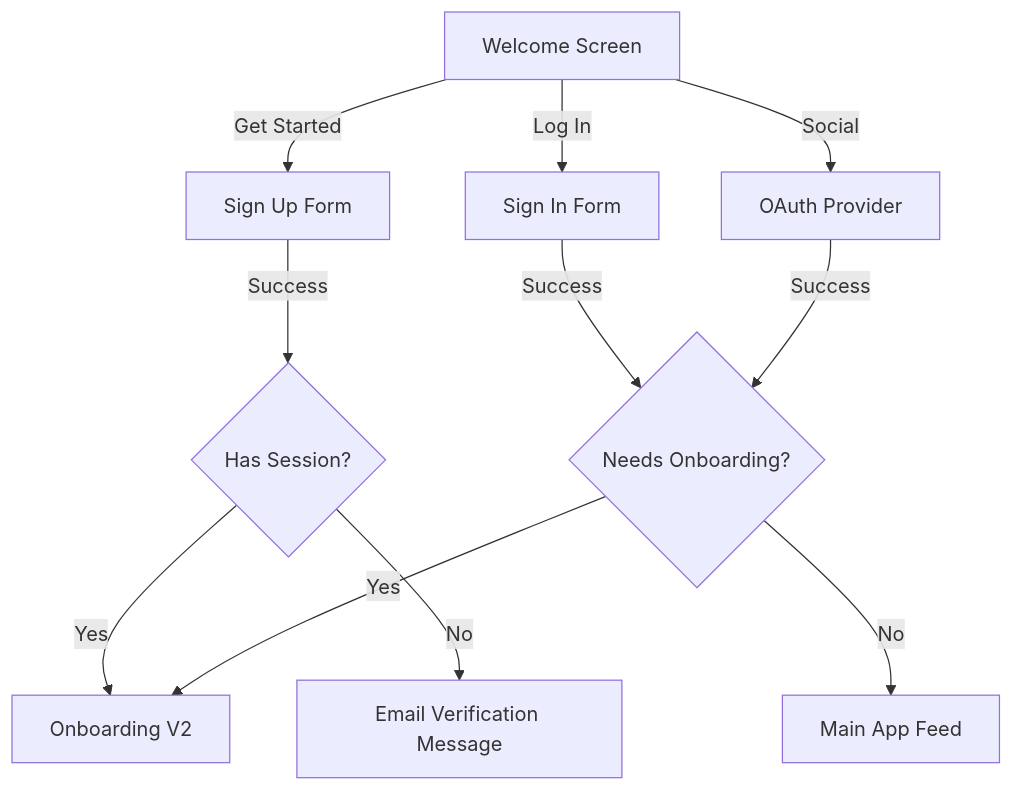
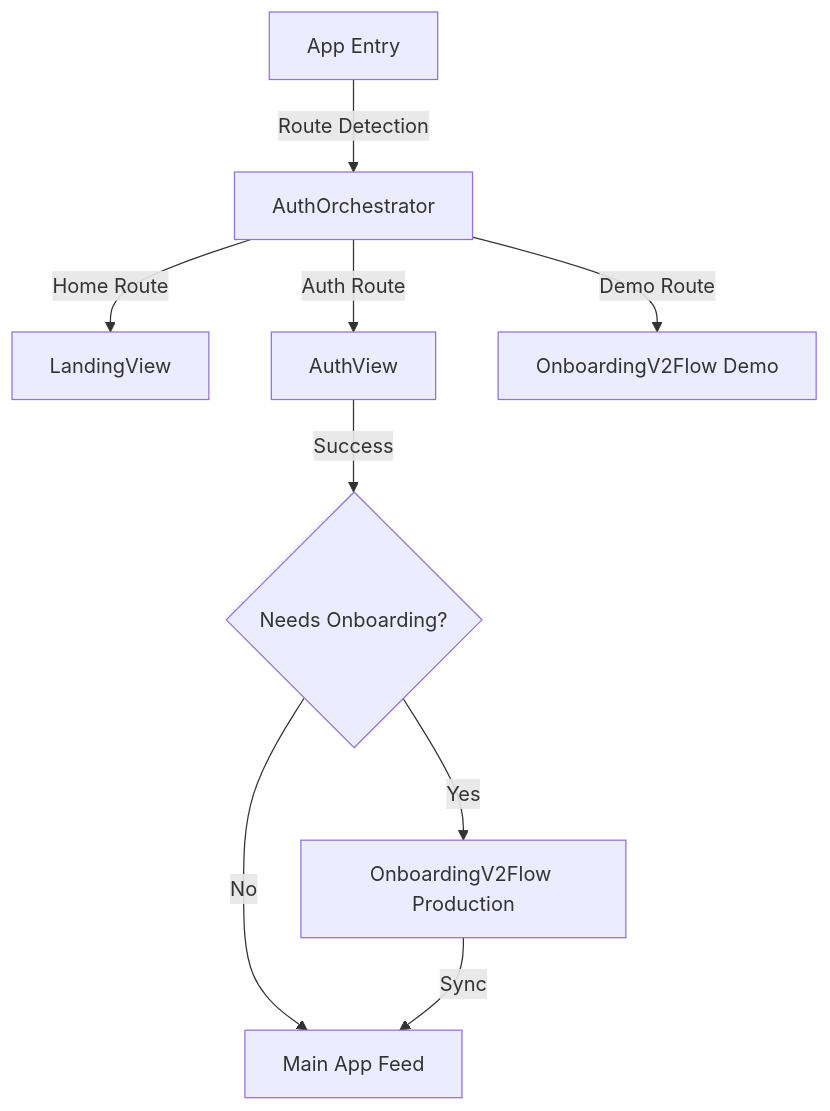
The diagram in docs/GUIDES/AUTH_VIEW_DEVELOPER_GUIDE.md (FoodCop/fuzoapp), drawn with Mermaid before and after one commit. The commit also changed other lines of this file and 1 other file, not shown here.

Commit message:
docs: update dev guides for modular auth architecture

````diff
--- a/docs/GUIDES/AUTH_VIEW_DEVELOPER_GUIDE.md
+++ b/docs/GUIDES/AUTH_VIEW_DEVELOPER_GUIDE.md
@@ -55,16 +57,14 @@
 ```mermaid
 graph TD
-    A[Welcome Screen] -- Get Started --> B[Sign Up Form]
-    A -- Log In --> C[Sign In Form]
-    A -- Social --> D[OAuth Provider]
+    Entry[App Entry] -- Route Detection --> Orch[AuthOrchestrator]
     
-    B -- Success --> E{Has Session?}
-    E -- Yes --> F[Onboarding V2]
-    E -- No --> G[Email Verification Message]
+    Orch -- Home Route --> Landing[LandingView]
+    Orch -- Auth Route --> View[AuthView]
+    Orch -- Demo Route --> Demo[OnboardingV2Flow Demo]
     
-    C -- Success --> H{Needs Onboarding?}
-    H -- Yes --> F
-    H -- No --> I[Main App Feed]
+    View -- Success --> Needs{Needs Onboarding?}
+    Needs -- Yes --> Flow[OnboardingV2Flow Production]
+    Needs -- No --> App[Main App Feed]
     
-    D -- Success --> H
+    Flow -- Sync --> App
 ```
````
